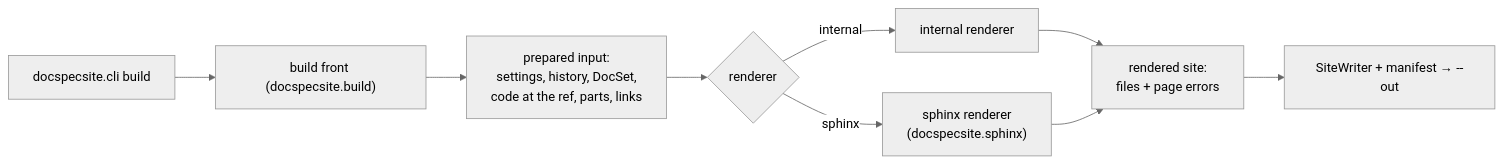
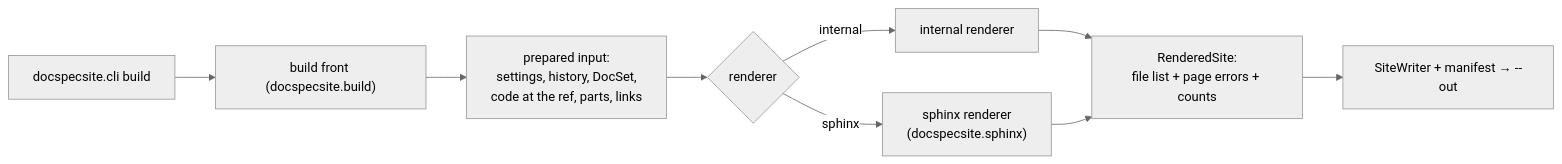
Before and after one commit to imposeren/docspecsite: the diagram in docs/architecture/site.md, drawn with Mermaid (neutral theme). The commit also changed other lines of this file and 12 other files, not shown here.

````diff
--- a/docs/architecture/site.md
+++ b/docs/architecture/site.md
@@ -37,11 +37,11 @@
 ```mermaid
 flowchart LR
   cli["docspecsite.cli build"] --> front["build front (docspecsite.build)"]
   front --> input["prepared input:<br/>settings, history, DocSet,<br/>code at the ref, parts, links"]
   input --> choice{"renderer"}
   choice -- internal --> internal["internal renderer"]
   choice -- sphinx --> sphinx["sphinx renderer<br/>(docspecsite.sphinx)"]
-  internal --> out["rendered site:<br/>files + page errors"]
+  internal --> out["RenderedSite:<br/>file list + page errors + counts"]
   sphinx --> out
   out --> writer["SiteWriter + manifest → --out"]
 ```
````
